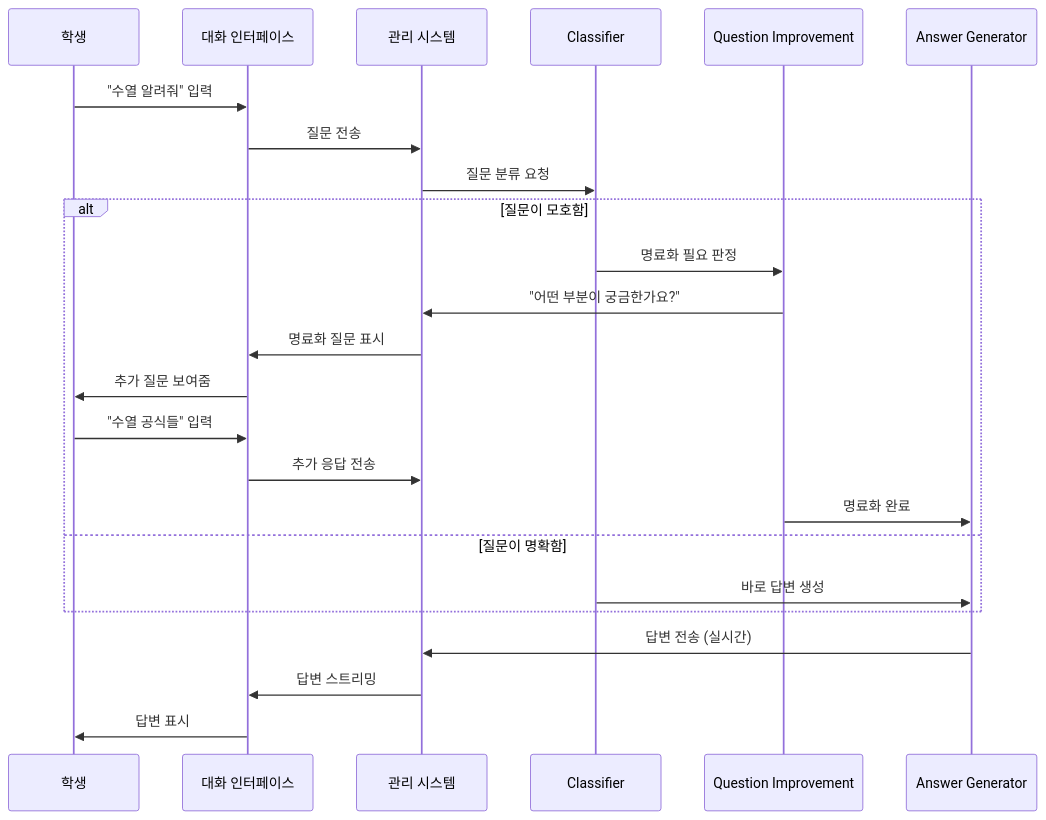
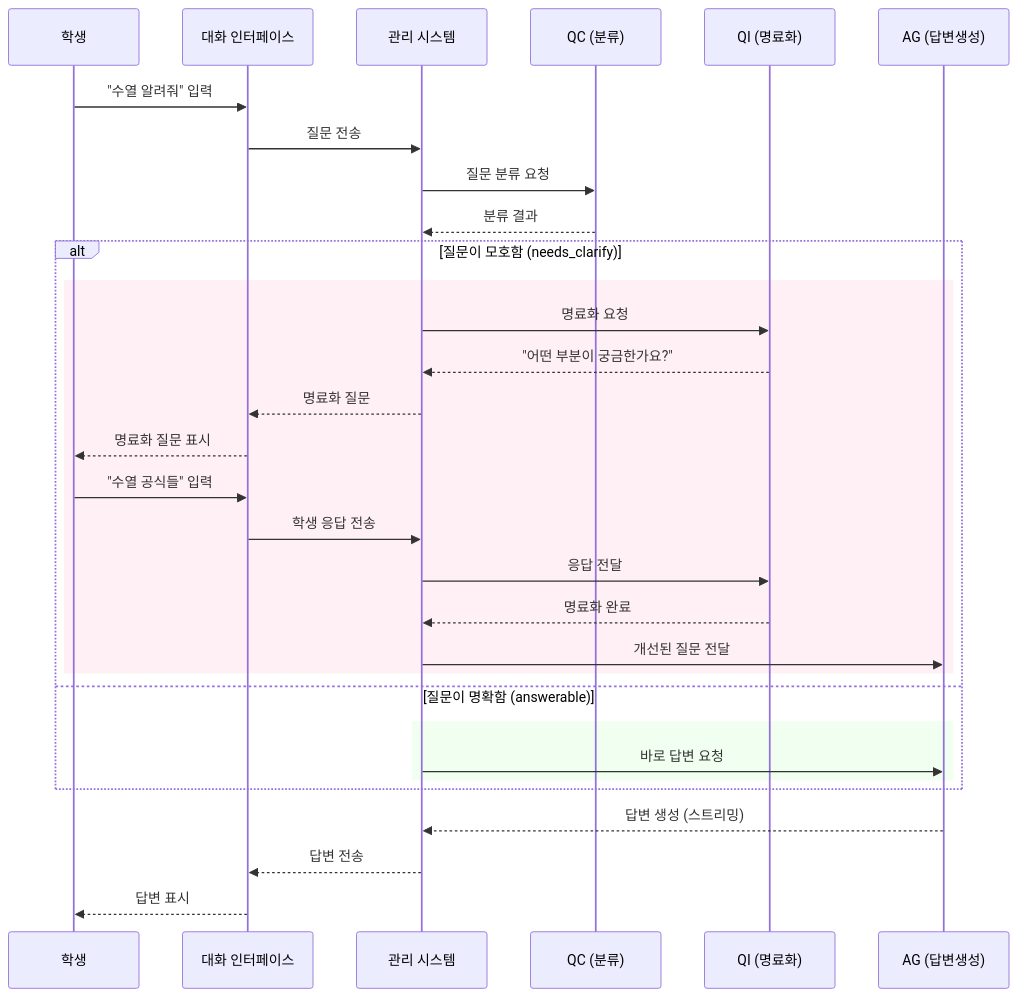
Before and after one commit to KimKyuBong/maice-paper-deploy: the third of 6 diagrams in docs/chapters/03-system-design.md, drawn with Mermaid. The commit also changed other lines of this file and 79 other files, not shown here.

````diff
--- a/docs/chapters/03-system-design.md
+++ b/docs/chapters/03-system-design.md
@@ -163,29 +170,37 @@
 ```mermaid
 sequenceDiagram
     participant 학생
-    participant 대화화면 as 대화 인터페이스
-    participant 관리 as 관리 시스템
-    participant 분류 as Classifier
-    participant 명료화 as Question Improvement
-    participant 답변 as Answer Generator
+    participant UI as 대화 인터페이스
+    participant BE as 관리 시스템
+    participant QC as QC (분류)
+    participant QI as QI (명료화)
+    participant AG as AG (답변생성)
     
-    학생->>대화화면: "수열 알려줘" 입력
-    대화화면->>관리: 질문 전송
-    관리->>분류: 질문 분류 요청
+    학생->>UI: "수열 알려줘" 입력
+    UI->>BE: 질문 전송
+    BE->>QC: 질문 분류 요청
+    QC-->>BE: 분류 결과
     
-    alt 질문이 모호함
-        분류->>명료화: 명료화 필요 판정
-        명료화->>관리: "어떤 부분이 궁금한가요?"
-        관리->>대화화면: 명료화 질문 표시
-        대화화면->>학생: 추가 질문 보여줌
-        학생->>대화화면: "수열 공식들" 입력
-        대화화면->>관리: 추가 응답 전송
-        명료화->>답변: 명료화 완료
-    else 질문이 명확함
-        분류->>답변: 바로 답변 생성
+    alt 질문이 모호함 (needs_clarify)
+        rect rgb(255, 240, 245)
+        BE->>QI: 명료화 요청
+        QI-->>BE: "어떤 부분이 궁금한가요?"
+        BE-->>UI: 명료화 질문
+        UI-->>학생: 명료화 질문 표시
+        
+        학생->>UI: "수열 공식들" 입력
+        UI->>BE: 학생 응답 전송
+        BE->>QI: 응답 전달
+        QI-->>BE: 명료화 완료
+        BE->>AG: 개선된 질문 전달
+        end
+    else 질문이 명확함 (answerable)
+        rect rgb(240, 255, 240)
+        BE->>AG: 바로 답변 요청
+        end
     end
     
-    답변->>관리: 답변 전송 (실시간)
-    관리->>대화화면: 답변 스트리밍
-    대화화면->>학생: 답변 표시
+    AG-->>BE: 답변 생성 (스트리밍)
+    BE-->>UI: 답변 전송
+    UI-->>학생: 답변 표시
 ```
````
